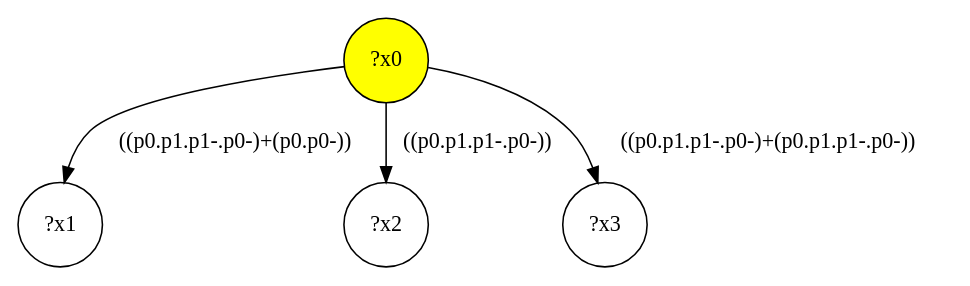
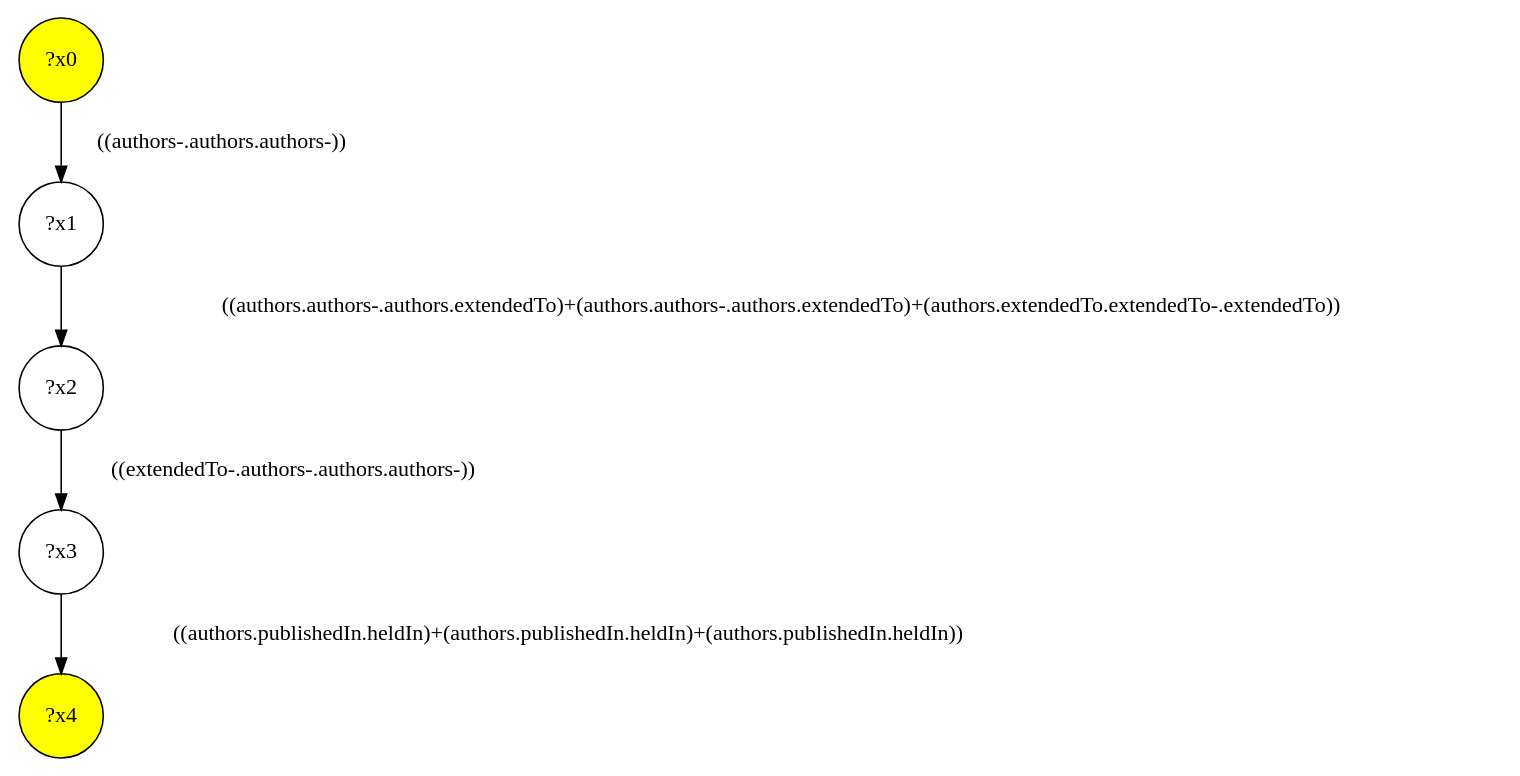
Before and after one commit to gbagan/gmark: the diagram in src/queryinterface/interface-queries/query-32.dot, drawn with Graphviz. The commit also changed 150 other files, not shown here.

```diff
--- a/src/queryinterface/interface-queries/query-32.dot
+++ b/src/queryinterface/interface-queries/query-32.dot
@@ -1,9 +1,11 @@
 digraph g {
 	x0 [fillcolor="yellow", style="filled," shape=circle, label="?x0"];
+	x4 [fillcolor="yellow", style="filled," shape=circle, label="?x4"];
 	x1 [shape=circle, label="?x1"];
-	x0 -> x1 [label="((p0.p1.p1-.p0-)+(p0.p0-))"];
+	x0 -> x1 [label="((authors-.authors.authors-))"];
 	x2 [shape=circle, label="?x2"];
-	x0 -> x2 [label="((p0.p1.p1-.p0-))"];
+	x1 -> x2 [label="((authors.authors-.authors.extendedTo)+(authors.authors-.authors.extendedTo)+(authors.extendedTo.extendedTo-.extendedTo))"];
 	x3 [shape=circle, label="?x3"];
-	x0 -> x3 [label="((p0.p1.p1-.p0-)+(p0.p1.p1-.p0-))"];
+	x2 -> x3 [label="((extendedTo-.authors-.authors.authors-))"];
+	x3 -> x4 [label="((authors.publishedIn.heldIn)+(authors.publishedIn.heldIn)+(authors.publishedIn.heldIn))"];
 }
```
